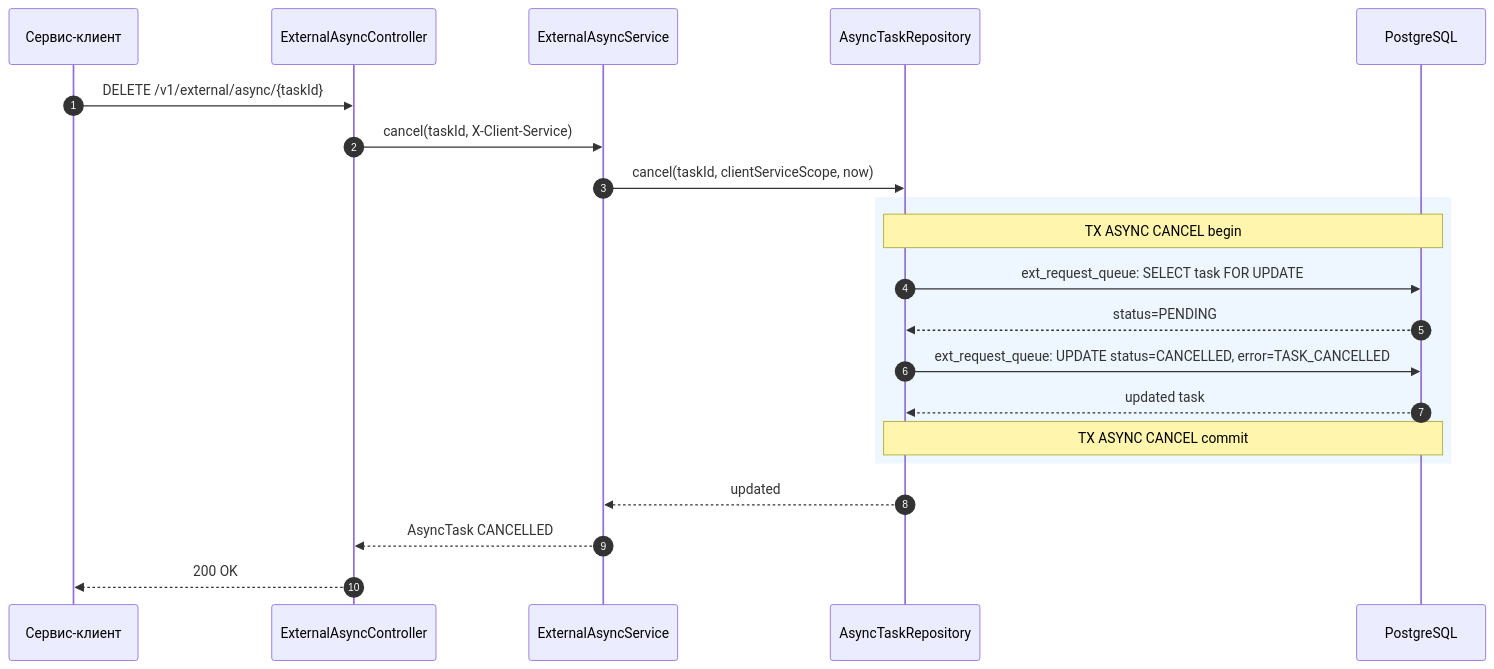
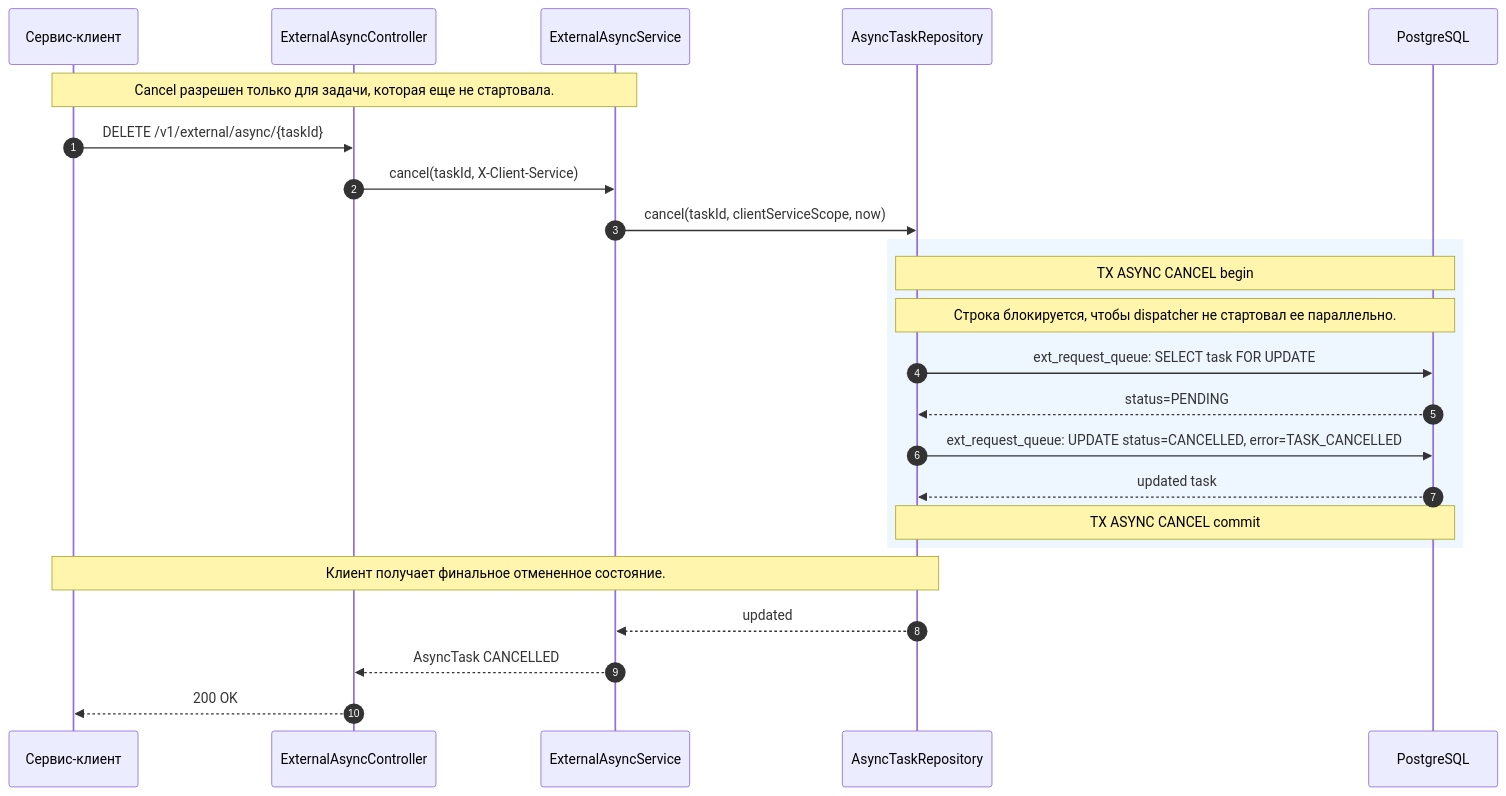
Before and after one commit to DenisVanin4402/TestQwenCli: the tenth of 12 diagrams in docs/external-service-gateway/architecture/06-sequence-async.md, drawn with Mermaid. The commit also changed other lines of this file and 2 other files, not shown here.

Commit message:
диаграммы обновлены детализацией sequence

````diff
--- a/docs/external-service-gateway/architecture/06-sequence-async.md
+++ b/docs/external-service-gateway/architecture/06-sequence-async.md
@@ -314,24 +539,27 @@
 ```mermaid
 sequenceDiagram
     autonumber
     participant Client as Сервис-клиент
     participant API as ExternalAsyncController
     participant Service as ExternalAsyncService
     participant Repo as AsyncTaskRepository
     participant DB as PostgreSQL
 
+    Note over Client,Service: Cancel разрешен только для задачи, которая еще не стартовала.
     Client->>API: DELETE /v1/external/async/{taskId}
     API->>Service: cancel(taskId, X-Client-Service)
     Service->>Repo: cancel(taskId, clientServiceScope, now)
     rect rgb(238, 246, 255)
         Note over Repo,DB: TX ASYNC CANCEL begin
+        Note over Repo,DB: Строка блокируется, чтобы dispatcher не стартовал ее параллельно.
         Repo->>DB: ext_request_queue: SELECT task FOR UPDATE
         DB-->>Repo: status=PENDING
         Repo->>DB: ext_request_queue: UPDATE status=CANCELLED, error=TASK_CANCELLED
         DB-->>Repo: updated task
         Note over Repo,DB: TX ASYNC CANCEL commit
     end
+    Note over Repo,Client: Клиент получает финальное отмененное состояние.
     Repo-->>Service: updated
     Service-->>API: AsyncTask CANCELLED
     API-->>Client: 200 OK
 ```
````
